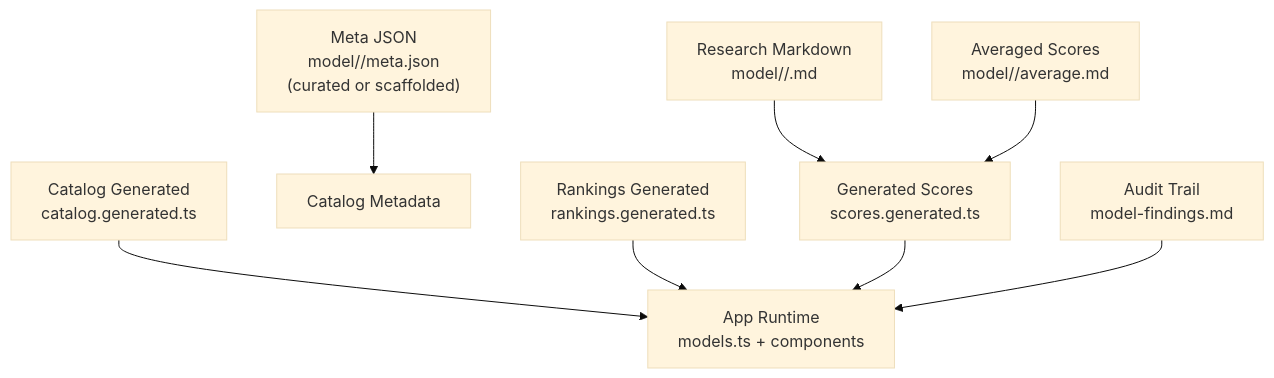
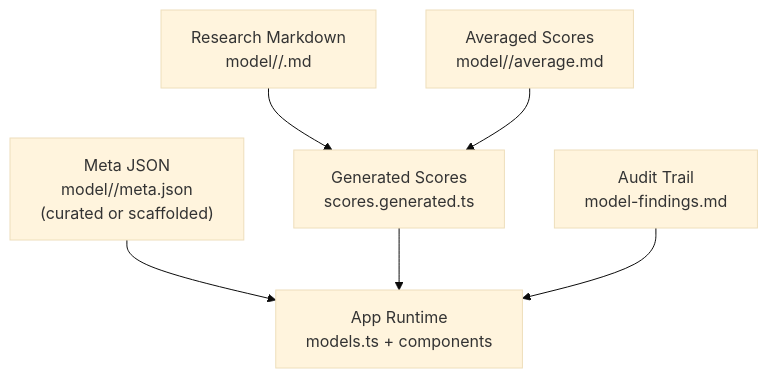
One commit to delirium-dj/modelcomp changed diagram 15 of 16 in .qoder/repowiki/en/content/Data Management System/Data Management System.md. Above: the diagram before and after it, drawn with Mermaid (base theme). The commit also changed other lines of this file and 147 other files, not shown here.

````diff
--- a/.qoder/repowiki/en/content/Data Management System/Data Management System.md
+++ b/.qoder/repowiki/en/content/Data Management System/Data Management System.md
@@ -580,10 +531,8 @@
 ```mermaid
 graph TB
 RF["Research Markdown<br/>model/<slug>/<Source_Name>.md"] --> Gen["Generated Scores<br/>scores.generated.ts"]
-MF["Meta JSON<br/>model/<slug>/meta.json<br/>(curated or scaffolded)"] --> Catalog["Catalog Metadata"]
+MF["Meta JSON<br/>model/<slug>/meta.json<br/>(curated or scaffolded)"] --> App
 AM["Averaged Scores<br/>model/<slug>/average.md"] --> Gen
-CG["Catalog Generated<br/>catalog.generated.ts"] --> App
-RG["Rankings Generated<br/>rankings.generated.ts"] --> App
 Gen --> App["App Runtime<br/>models.ts + components"]
 AF["Audit Trail<br/>model-findings.md"] --> App
 ```
````
